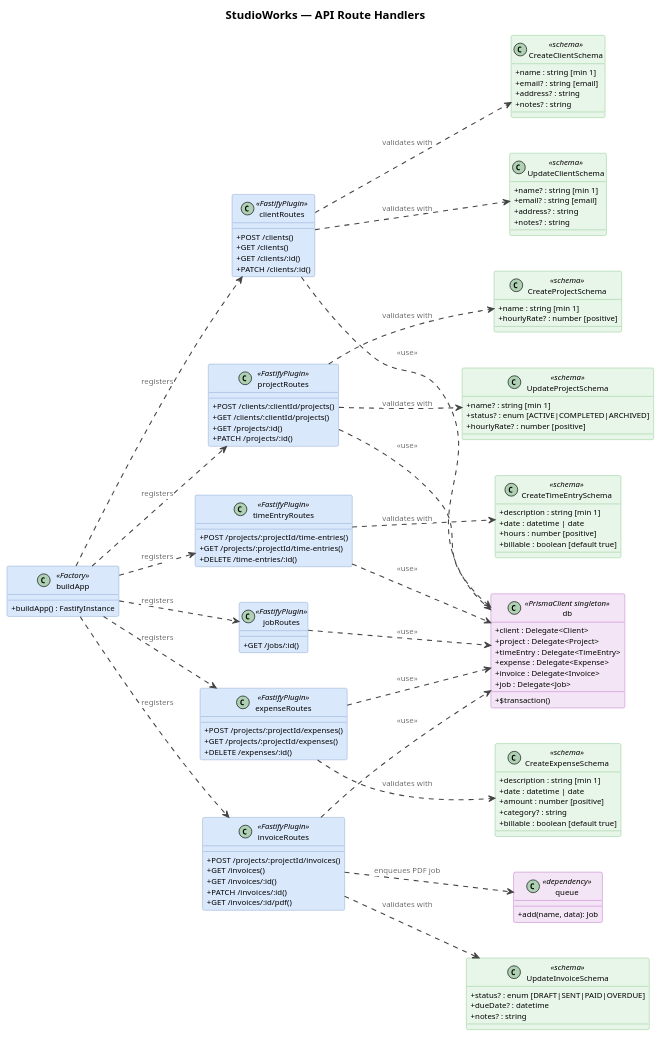
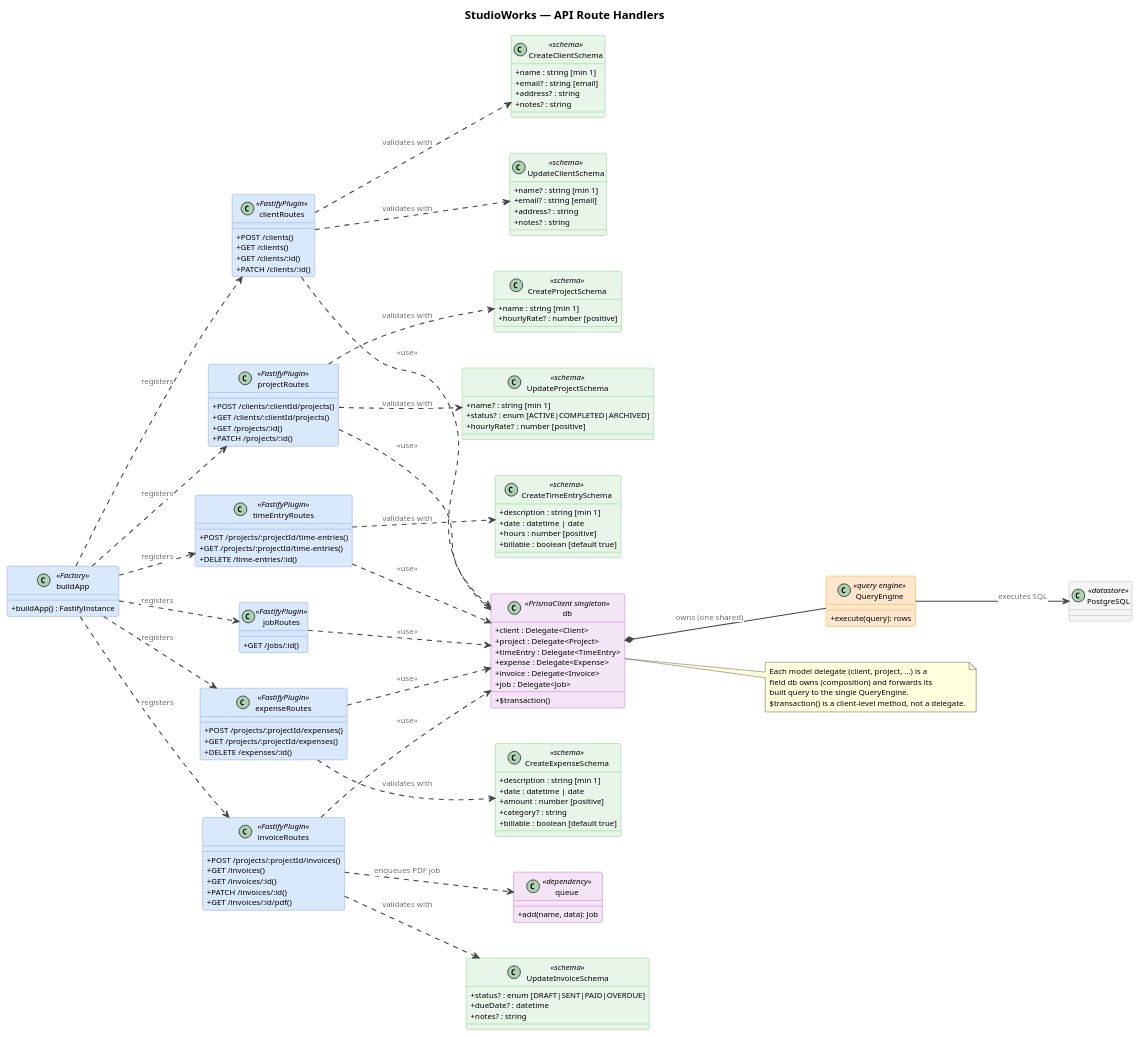
The diagram in docs/diagrams/api-routes.puml (alex-olinger/studioworks), drawn with PlantUML before and after one commit.

Commit message:
docs: add query engine layer to api route diagram
Show the third Prisma runtime layer (QueryEngine) as its own box: db
owns it via composition and it executes SQL against PostgreSQL. Add a
note clarifying delegates forward to the shared engine.

```diff
--- a/docs/diagrams/api-routes.puml
+++ b/docs/diagrams/api-routes.puml
@@ -34,6 +34,16 @@
   BorderColor #ab47bc
 }
 
+skinparam class<<query engine>> {
+  BackgroundColor #ffe6cc
+  BorderColor #d79b00
+}
+
+skinparam class<<datastore>> {
+  BackgroundColor #f5f5f5
+  BorderColor #999999
+}
+
 ' ── External dependencies ───────────────────────────────────────────────────
 
 class db <<PrismaClient singleton>> {
@@ -49,6 +59,27 @@
 class queue <<dependency>> {
   +add(name, data): Job
 }
+
+' ── Prisma runtime layers (below the delegates) ──────────────────────────────
+
+class QueryEngine <<query engine>> {
+  +execute(query): rows
+}
+
+class PostgreSQL <<datastore>>
+
+' db (PrismaClient) owns one shared QueryEngine — composition, filled diamond at db
+db *-- QueryEngine : <back:white>owns (one shared)</back>
+
+' the engine is the only layer that runs SQL against the database
+QueryEngine --> PostgreSQL : <back:white>executes SQL</back>
+
+note right of db
+  Each model delegate (client, project, …) is a
+  field db owns (composition) and forwards its
+  built query to the single QueryEngine.
+  $transaction() is a client-level method, not a delegate.
+end note
 
 ' ── Zod schemas ─────────────────────────────────────────────────────────────
 
```
